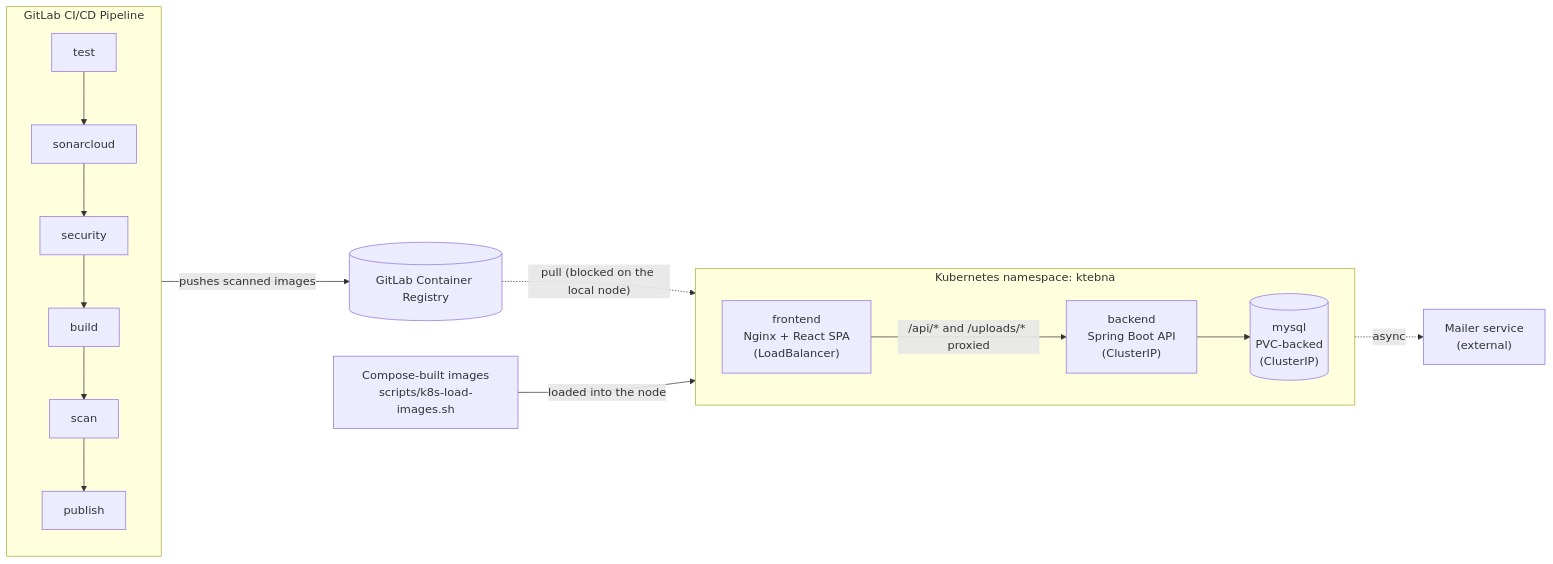
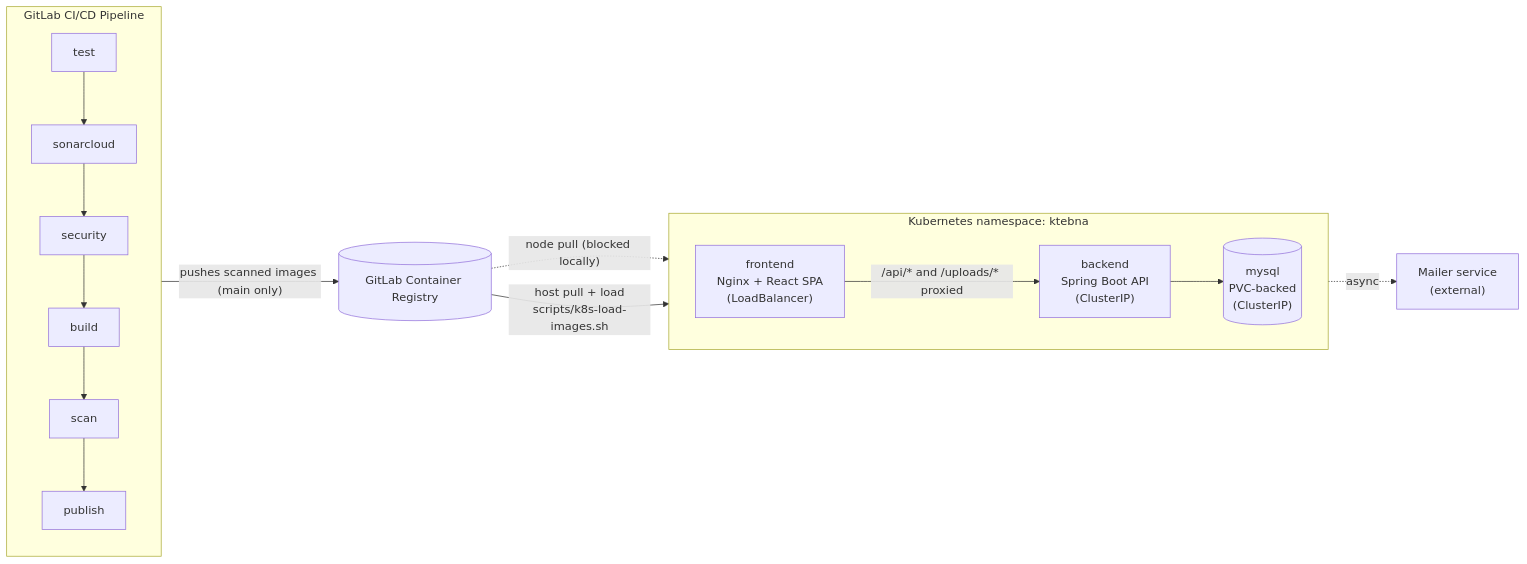
The first of 2 diagrams in README.md (Saifexe/Ktebna), drawn with Mermaid before and after one commit. The commit also changed other lines of this file and 5 other files, not shown here.

First line of the commit message:
Publish images from main only and deploy the CI-scanned images

````diff
--- a/README.md
+++ b/README.md
@@ -103,17 +103,17 @@
 ```mermaid
 flowchart LR
     subgraph CI["GitLab CI/CD Pipeline"]
         direction TB
         T[test] --> S[sonarcloud] --> SEC[security] --> B[build] --> SC[scan] --> P[publish]
     end
-    CI -->|pushes scanned images| REG[(GitLab Container Registry)]
-    REG -.->|"pull (blocked on the local node)"| K8S
-    LOCAL["Compose-built images<br/>scripts/k8s-load-images.sh"] -->|loaded into the node| K8S
+    CI -->|"pushes scanned images (main only)"| REG[(GitLab Container Registry)]
+    REG -.->|"node pull (blocked locally)"| K8S
+    REG -->|"host pull + load<br/>scripts/k8s-load-images.sh"| K8S
 
     subgraph K8S["Kubernetes namespace: ktebna"]
         direction LR
         FE["frontend<br/>Nginx + React SPA<br/>(LoadBalancer)"] -->|"/api/* and /uploads/* proxied"| BE["backend<br/>Spring Boot API<br/>(ClusterIP)"]
         BE --> DB[("mysql<br/>PVC-backed<br/>(ClusterIP)")]
     end
     BE -.->|async| MAIL["Mailer service<br/>(external)"]
 ```
````
